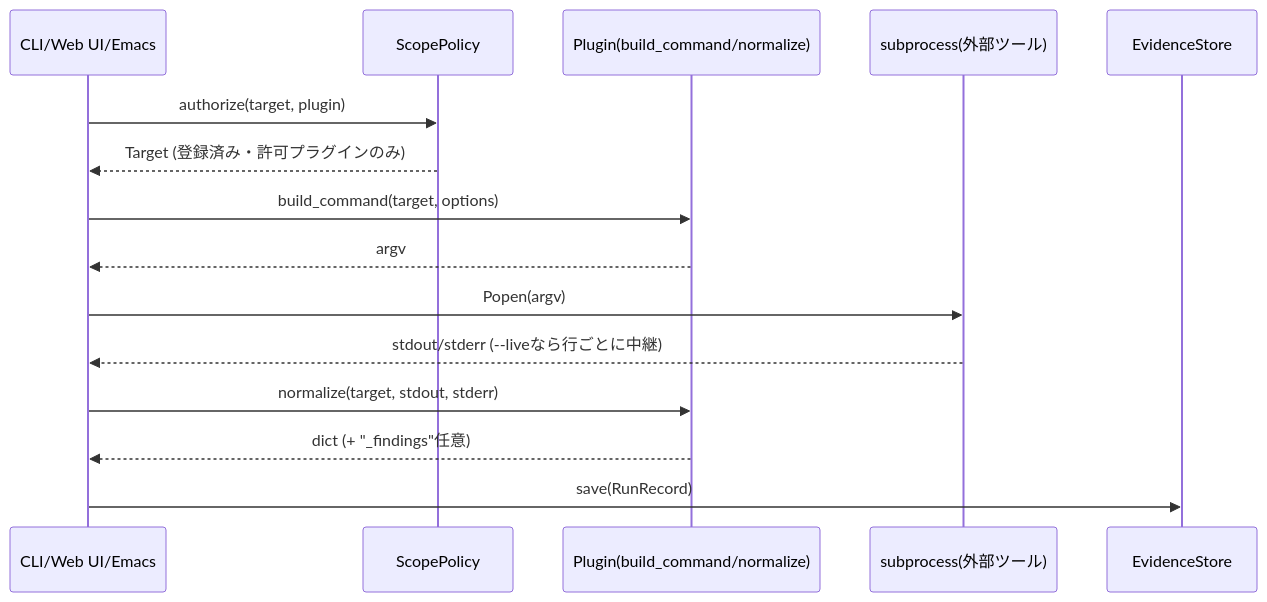
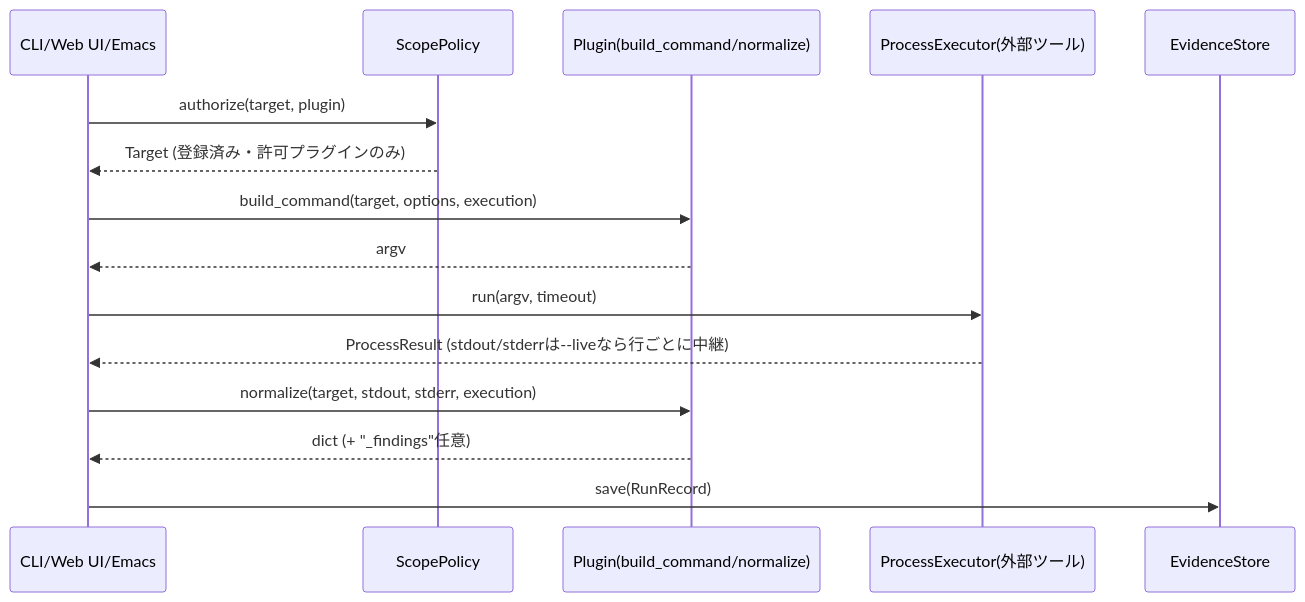
Before and after one commit to ac1965/PownForge: the second of 6 diagrams in docs/handbook.md, drawn with Mermaid. The commit also changed other lines of this file and 34 other files, not shown here.

````diff
--- a/docs/handbook.md
+++ b/docs/handbook.md
@@ -120,18 +120,18 @@
 ```mermaid
 sequenceDiagram
     participant User as CLI/Web UI/Emacs
     participant Policy as ScopePolicy
     participant Plugin as Plugin(build_command/normalize)
-    participant Proc as subprocess(外部ツール)
+    participant Proc as ProcessExecutor(外部ツール)
     participant Store as EvidenceStore
 
     User->>Policy: authorize(target, plugin)
     Policy-->>User: Target (登録済み・許可プラグインのみ)
-    User->>Plugin: build_command(target, options)
+    User->>Plugin: build_command(target, options, execution)
     Plugin-->>User: argv
-    User->>Proc: Popen(argv)
-    Proc-->>User: stdout/stderr (--liveなら行ごとに中継)
-    User->>Plugin: normalize(target, stdout, stderr)
+    User->>Proc: run(argv, timeout)
+    Proc-->>User: ProcessResult (stdout/stderrは--liveなら行ごとに中継)
+    User->>Plugin: normalize(target, stdout, stderr, execution)
     Plugin-->>User: dict (+ "_findings"任意)
     User->>Store: save(RunRecord)
 ```
````
